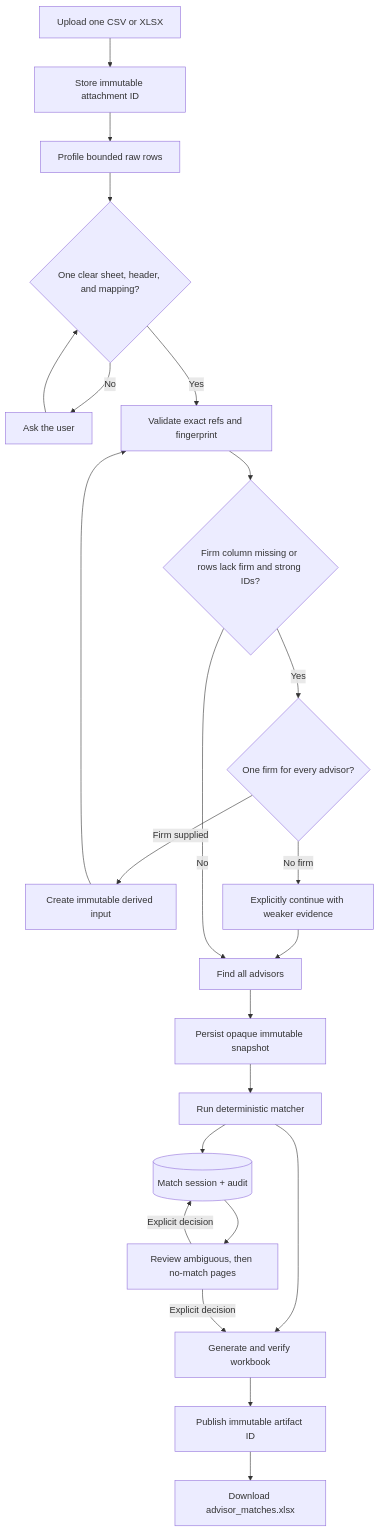
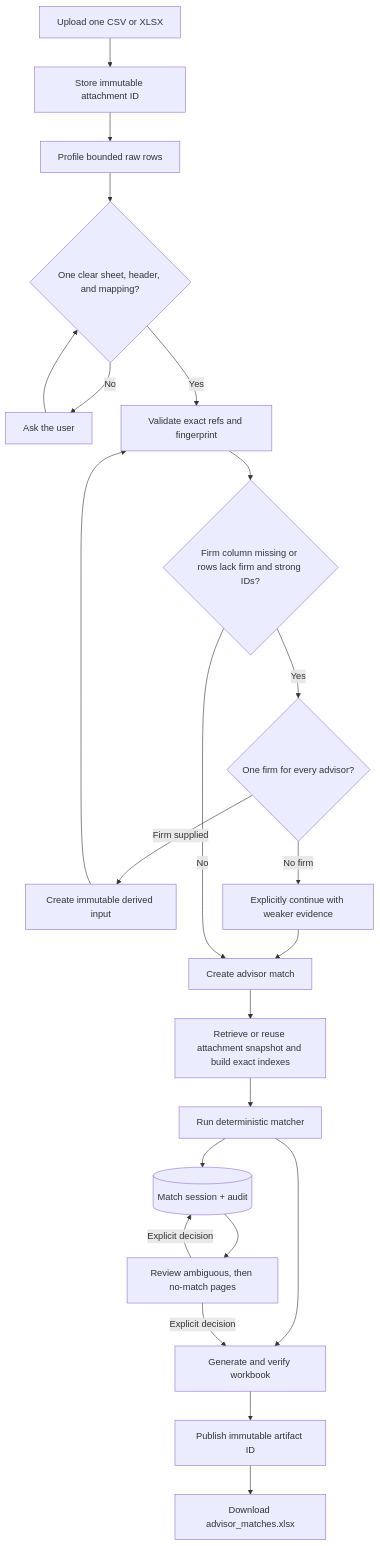
The first of 2 diagrams in advisor-match-agent/docs/ADVISOR_MATCH_WORKFLOW_WALKTHROUGH.md (lizequnwz/deepagents-agents), drawn with Mermaid before and after one commit. The commit also changed other lines of this file and 30 other files, not shown here.

````diff
--- a/advisor-match-agent/docs/ADVISOR_MATCH_WORKFLOW_WALKTHROUGH.md
+++ b/advisor-match-agent/docs/ADVISOR_MATCH_WORKFLOW_WALKTHROUGH.md
@@ -7,22 +7,22 @@
 ```mermaid
 flowchart TD
     U["Upload one CSV or XLSX"] --> A["Store immutable attachment ID"]
     A --> P["Profile bounded raw rows"]
     P --> I{"One clear sheet, header, and mapping?"}
     I -->|No| Q["Ask the user"] --> I
     I -->|Yes| V["Validate exact refs and fingerprint"]
     V --> F{"Firm column missing or rows lack firm and strong IDs?"}
     F -->|Yes| C{"One firm for every advisor?"}
     C -->|Firm supplied| A2["Create immutable derived input"] --> V
     C -->|No firm| W2["Explicitly continue with weaker evidence"] --> R
-    F -->|No| R["Find all advisors"]
-    R --> S["Persist opaque immutable snapshot"]
+    F -->|No| R["Create advisor match"]
+    R --> S["Retrieve or reuse attachment snapshot and build exact indexes"]
     S --> M["Run deterministic matcher"]
     M --> DB[("Match session + audit")]
     M --> W["Generate and verify workbook"]
     DB --> E["Review ambiguous, then no-match pages"]
     E -->|Explicit decision| DB
     E -->|Explicit decision| W
     W --> X["Publish immutable artifact ID"]
     X --> D["Download advisor_matches.xlsx"]
 ```
````
